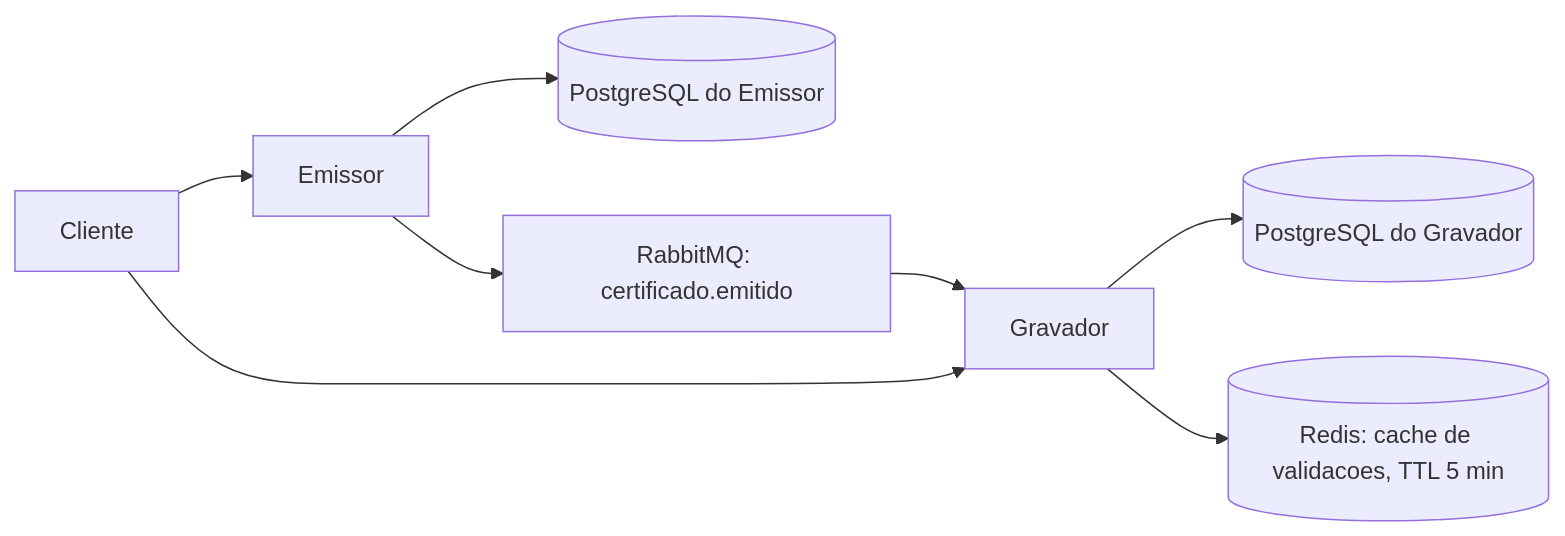
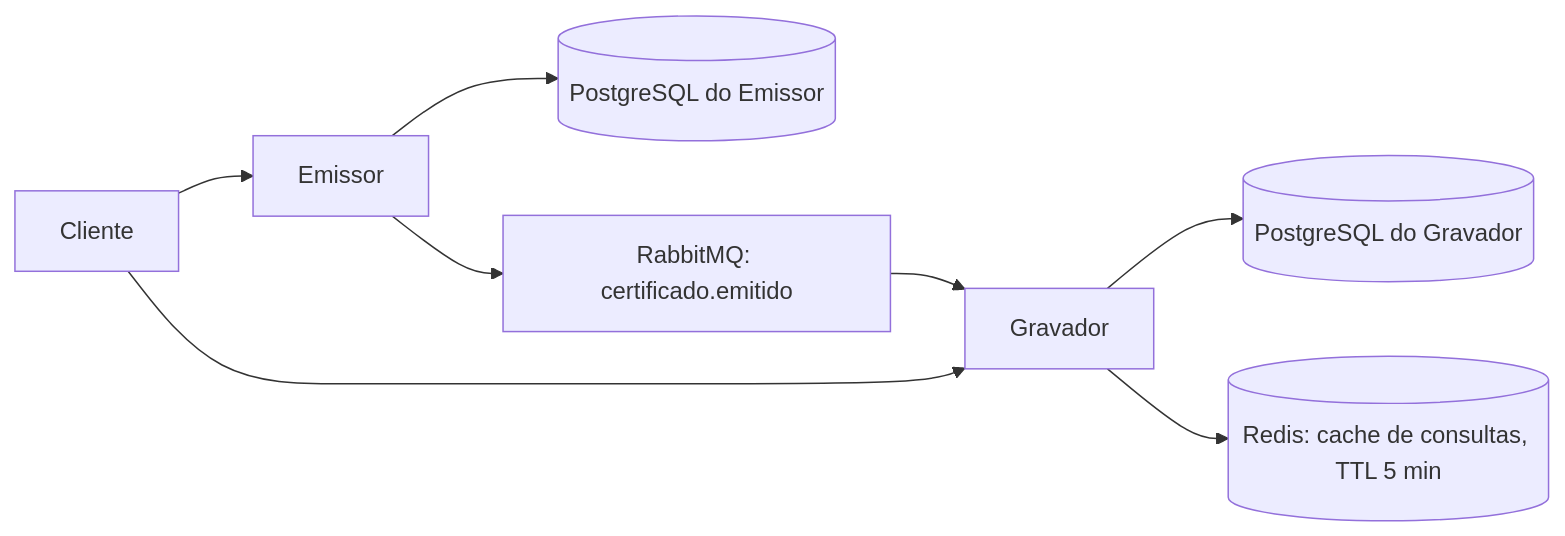
Before and after one commit to spatricio/certificado-api: the diagram in README.md, drawn with Mermaid. The commit also changed other lines of this file and 4 other files, not shown here.

````diff
--- a/README.md
+++ b/README.md
@@ -58,10 +14,10 @@
 ```mermaid
 flowchart LR
     Cliente --> Emissor
-    Emissor --> DBEmissor[(PostgreSQL do Emissor)]
+    Emissor --> Outbox[(PostgreSQL do Emissor)]
     Emissor --> Fila[RabbitMQ: certificado.emitido]
     Fila --> Gravador
     Gravador --> DBGravador[(PostgreSQL do Gravador)]
-    Gravador --> Cache[(Redis: cache de validacoes, TTL 5 min)]
+    Gravador --> Cache[(Redis: cache de consultas, TTL 5 min)]
     Cliente --> Gravador
 ```
````
